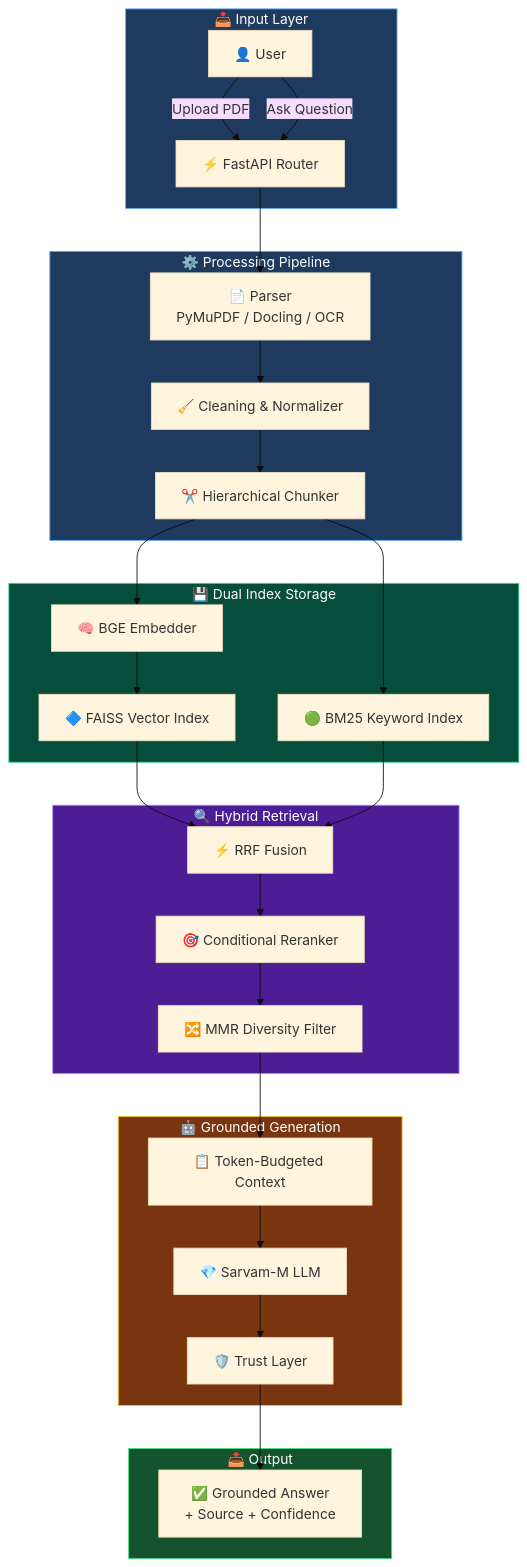
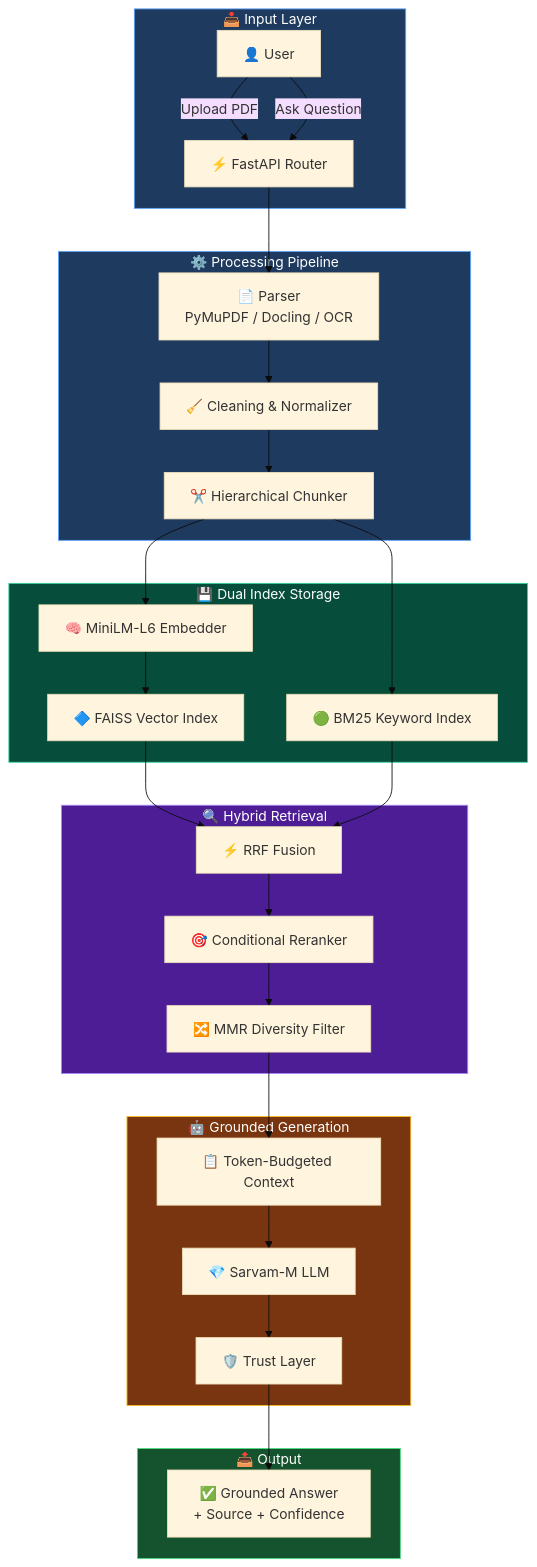
One commit to Nishant-aiml/iveri-llm-advanced-rag-learning-system changed the first of 2 diagrams in README.md. Above: the diagram before and after it, drawn with Mermaid (base theme). The commit also changed other lines of this file and 3 other files, not shown here.

````diff
--- a/README.md
+++ b/README.md
@@ -102,43 +102,43 @@
 ```mermaid
 flowchart TD
     subgraph INPUT["📥 Input Layer"]
         U[👤 User] -->|Upload PDF| API[⚡ FastAPI Router]
         U -->|Ask Question| API
     end
 
     subgraph PROCESSING["⚙️ Processing Pipeline"]
         API --> Parser["📄 Parser<br/>PyMuPDF / Docling / OCR"]
         Parser --> Normalizer["🧹 Cleaning & Normalizer"]
         Normalizer --> Chunker["✂️ Hierarchical Chunker"]
     end
 
     subgraph INDEXING["💾 Dual Index Storage"]
-        Chunker --> Embedder["🧠 BGE Embedder"]
+        Chunker --> Embedder["🧠 MiniLM-L6 Embedder"]
         Embedder --> FAISS["🔷 FAISS Vector Index"]
         Chunker --> BM25["🟢 BM25 Keyword Index"]
     end
 
     subgraph RETRIEVAL["🔍 Hybrid Retrieval"]
         FAISS --> RRF["⚡ RRF Fusion"]
         BM25 --> RRF
         RRF --> Reranker["🎯 Conditional Reranker"]
         Reranker --> MMR["🔀 MMR Diversity Filter"]
     end
 
     subgraph GENERATION["🤖 Grounded Generation"]
         MMR --> Context["📋 Token-Budgeted Context"]
         Context --> LLM["💎 Sarvam-M LLM"]
         LLM --> Trust["🛡️ Trust Layer"]
     end
 
     subgraph OUTPUT["📤 Output"]
         Trust --> Response["✅ Grounded Answer<br/>+ Source + Confidence"]
     end
 
     style INPUT fill:#1e3a5f,stroke:#60a5fa,color:#fff
     style PROCESSING fill:#1e3a5f,stroke:#60a5fa,color:#fff
     style INDEXING fill:#064e3b,stroke:#34d399,color:#fff
     style RETRIEVAL fill:#4c1d95,stroke:#a78bfa,color:#fff
     style GENERATION fill:#78350f,stroke:#fbbf24,color:#fff
     style OUTPUT fill:#14532d,stroke:#4ade80,color:#fff
 ```
````
